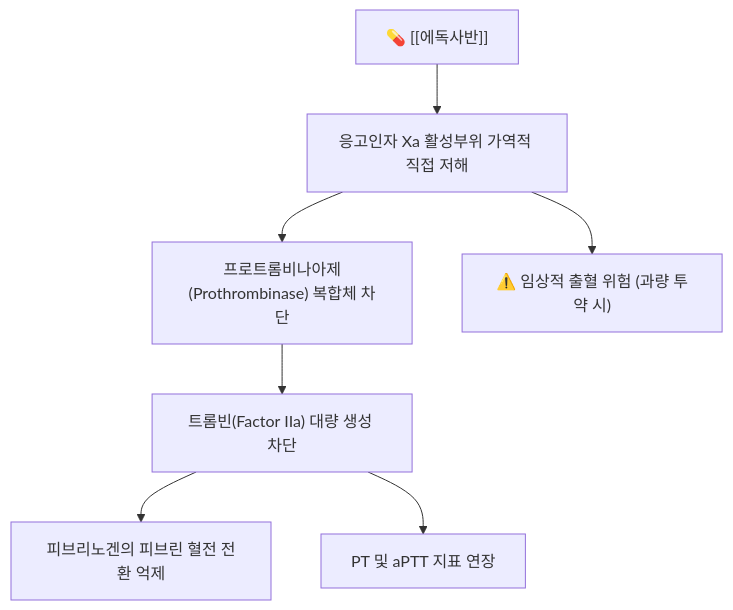
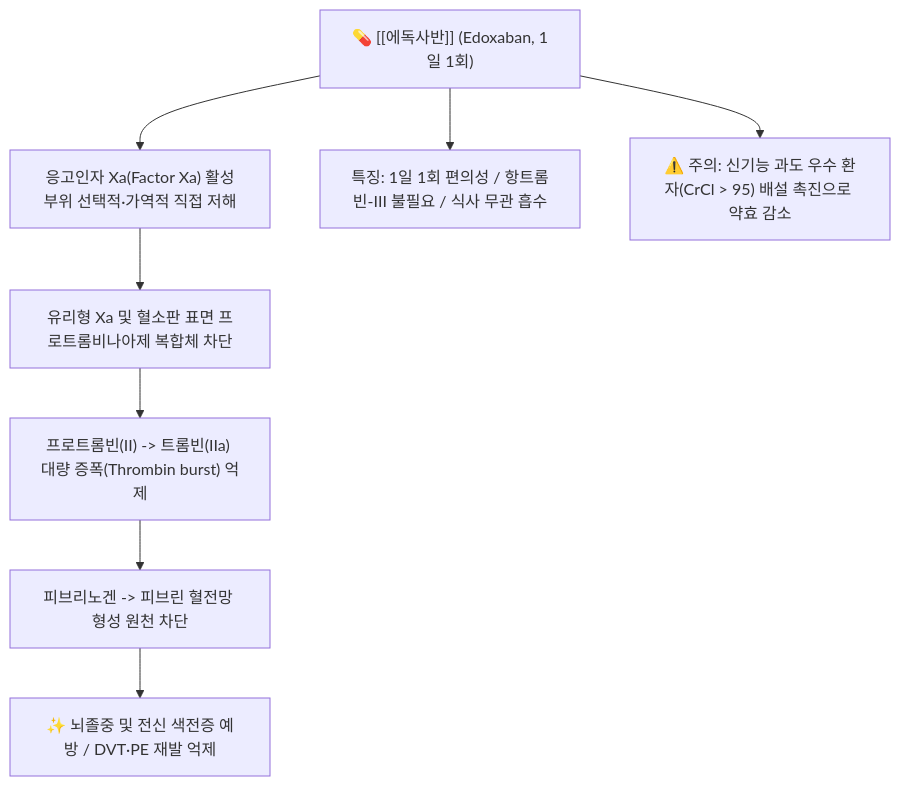
One commit to simbio11/simbio-digital-garden2 changed the diagram in content/2. 약리 공부/의약품/03_심혈관·대사계/에독사반.md. Above: the diagram before and after it, drawn with Mermaid. The commit also changed other lines of this file and 424 other files, not shown here.

````diff
--- a/content/2. 약리 공부/의약품/03_심혈관·대사계/에독사반.md
+++ b/content/2. 약리 공부/의약품/03_심혈관·대사계/에독사반.md
@@ -75,9 +72,12 @@
 ```mermaid
 graph TD
-    Drug["💊 [[에독사반]]"] --> XaBlock["응고인자 Xa 활성부위 가역적 직접 저해"]
-    XaBlock --> Prothrombinase["프로트롬비나아제(Prothrombinase) 복합체 차단"]
-    Prothrombinase --> ThrombinDown["트롬빈(Factor IIa) 대량 생성 차단"]
-    ThrombinDown --> FibrinDown["피브리노겐의 피브린 혈전 전환 억제"]
-    ThrombinDown --> CoagTest["PT 및 aPTT 지표 연장"]
-    XaBlock --> BleedingRisk["⚠️ 임상적 출혈 위험 (과량 투약 시)"]
+    Drug["💊 [[에독사반]] (Edoxaban, 1일 1회)"] --> BlockXa["응고인자 Xa(Factor Xa) 활성부위 선택적·가역적 직접 저해"]
+    BlockXa --> InhibitComplex["유리형 Xa 및 혈소판 표면 프로트롬비나아제 복합체 차단"]
+    
+    InhibitComplex --> NoThrombin["프로트롬빈(II) -> 트롬빈(IIa) 대량 증폭(Thrombin burst) 억제"]
+    NoThrombin --> NoFibrin["피브리노겐 -> 피브린 혈전망 형성 원천 차단"]
+    NoFibrin --> AntiEmbolism["✨ 뇌졸중 및 전신 색전증 예방 / DVT·PE 재발 억제"]
+    
+    Drug --> Advantage["특징: 1일 1회 편의성 / 항트롬빈-III 불필요 / 식사 무관 흡수"]
+    Drug --> Caution["⚠️ 주의: 신기능 과도 우수 환자(CrCl > 95) 배설 촉진으로 약효 감소"]
 ```
````
